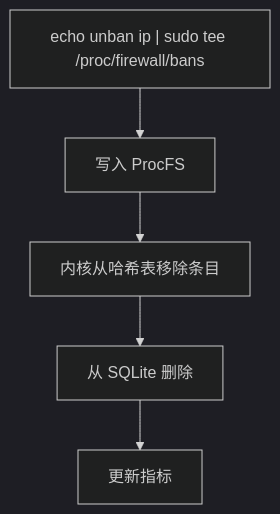
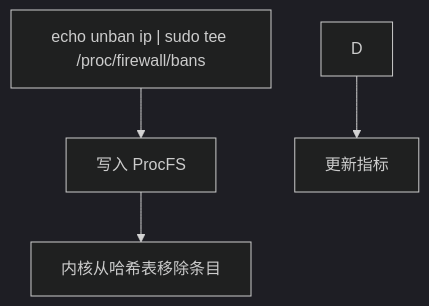
The fifth of 7 diagrams in docs/zh/architecture/data-flow.md (SnowCore8/linux-firewall-kmod), drawn with Mermaid (dark theme) before and after one commit. The commit also changed other lines of this file and 39 other files, not shown here.

````diff
--- a/docs/zh/architecture/data-flow.md
+++ b/docs/zh/architecture/data-flow.md
@@ -71,7 +68,6 @@
 ```mermaid
 graph TB
     A["echo unban ip | sudo tee /proc/firewall/bans"] --> B["写入 ProcFS"]
     B --> C["内核从哈希表移除条目"]
-    C --> D["从 SQLite 删除"]
-    D --> E["更新指标"]
+        D --> E["更新指标"]
 ```
````
